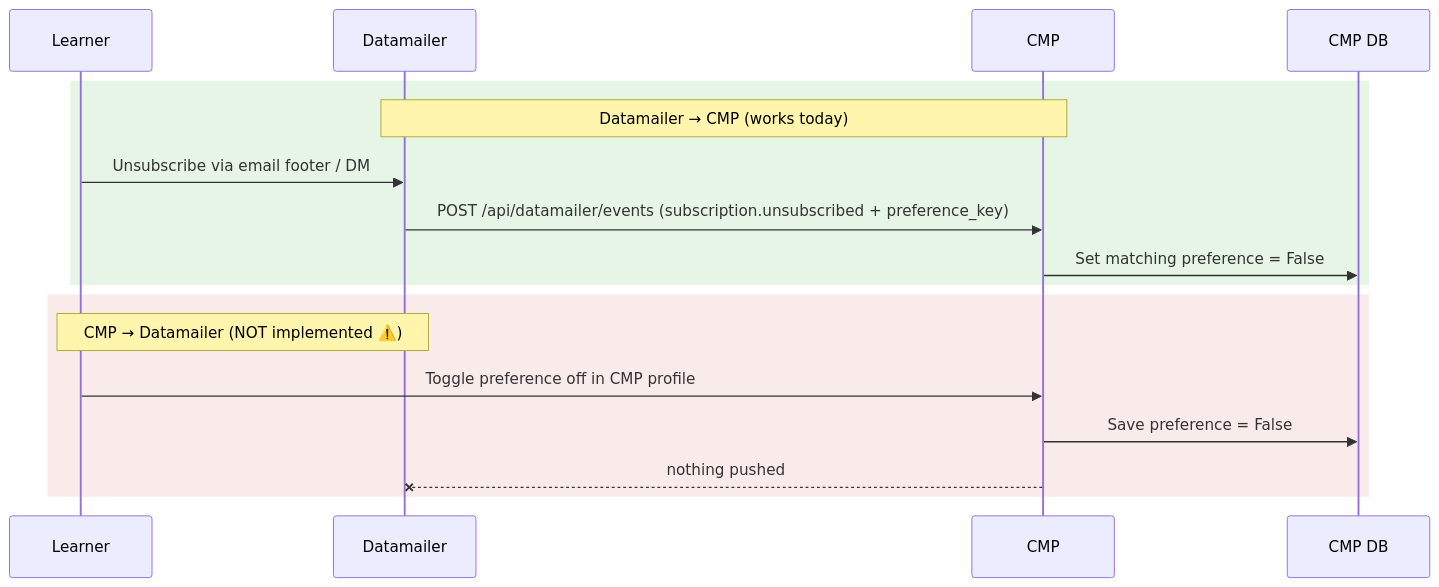
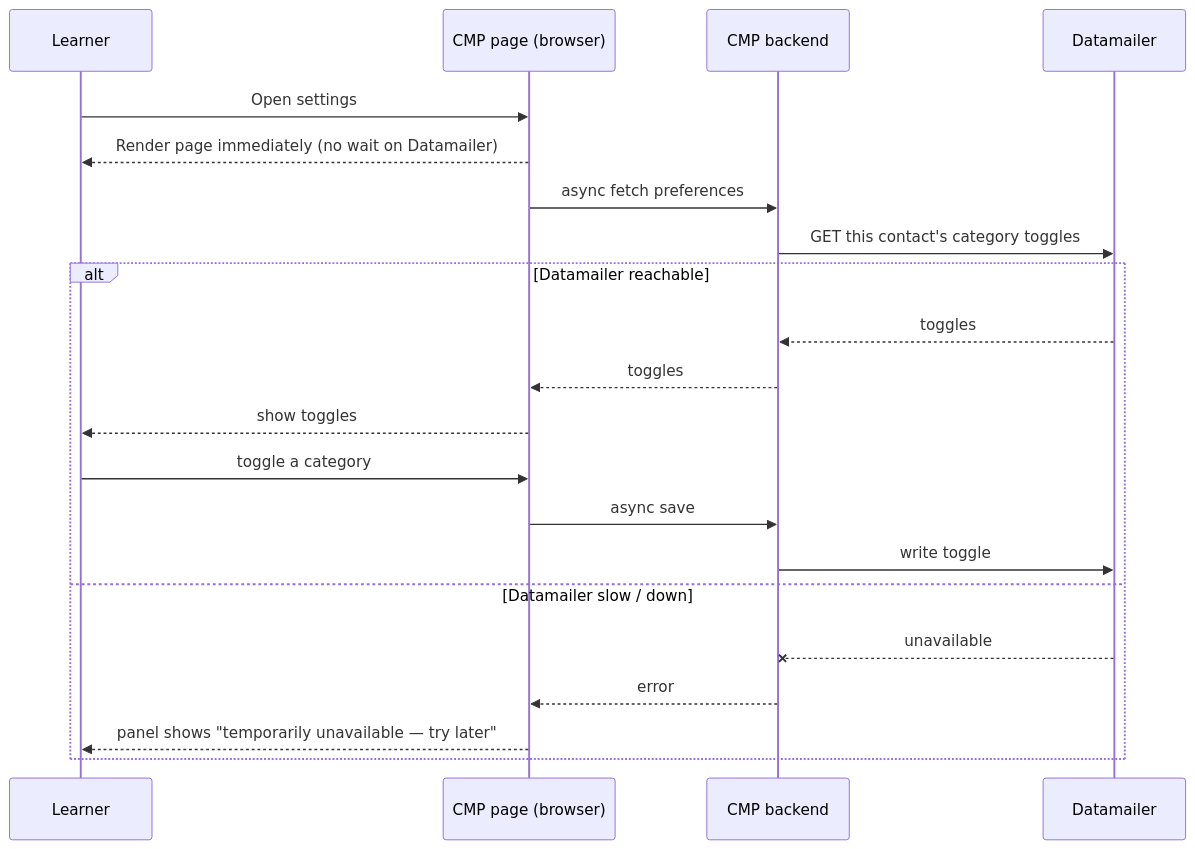
One commit to DataTalksClub/course-management-platform changed diagram 15 of 16 in docs/datamailer-integration.md. Above: the diagram before and after it, drawn with Mermaid. The commit also changed other lines of this file, not shown here.

First line of the commit message:
docs(datamailer): redesign integration doc around target state

````diff
--- a/docs/datamailer-integration.md
+++ b/docs/datamailer-integration.md
@@ -571,21 +669,24 @@
 ```mermaid
 sequenceDiagram
     participant Learner
+    participant Page as CMP page (browser)
+    participant API as CMP backend
     participant DM as Datamailer
-    participant CMP
-    participant DB as CMP DB
 
-    rect rgb(230,245,230)
-    Note over DM,CMP: Datamailer → CMP (works today)
-    Learner->>DM: Unsubscribe via email footer / DM
-    DM->>CMP: POST /api/datamailer/events (subscription.unsubscribed + preference_key)
-    CMP->>DB: Set matching preference = False
-    end
-
-    rect rgb(250,235,235)
-    Note over Learner,DM: CMP → Datamailer (NOT implemented ⚠️)
-    Learner->>CMP: Toggle preference off in CMP profile
-    CMP->>DB: Save preference = False
-    CMP--xDM: nothing pushed
+    Learner->>Page: Open settings
+    Page-->>Learner: Render page immediately (no wait on Datamailer)
+    Page->>API: async fetch preferences
+    API->>DM: GET this contact's category toggles
+    alt Datamailer reachable
+        DM-->>API: toggles
+        API-->>Page: toggles
+        Page-->>Learner: show toggles
+        Learner->>Page: toggle a category
+        Page->>API: async save
+        API->>DM: write toggle
+    else Datamailer slow / down
+        DM--xAPI: unavailable
+        API-->>Page: error
+        Page-->>Learner: panel shows "temporarily unavailable — try later"
     end
 ```
````
